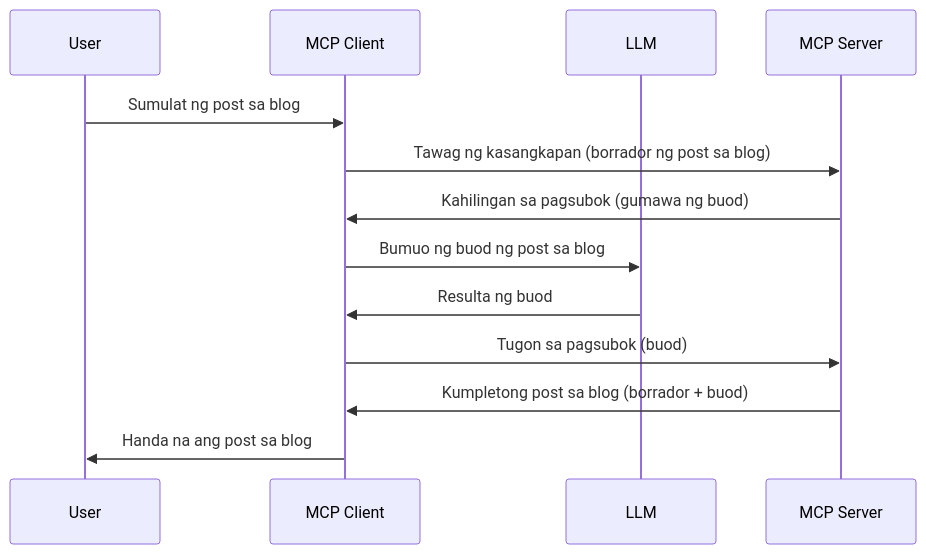
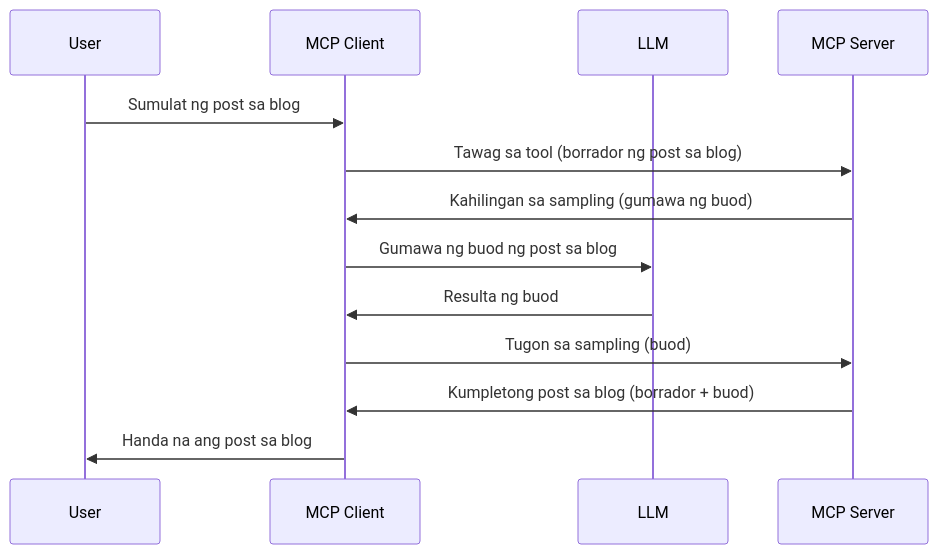
One commit to HIDORAKAI002/ai-workspace-archive changed the diagram in mcp_ecosystem__model_context_protocol/mcp_learning_resources/mcp-for-beginners/translations/tl/03-GettingStarted/14-sampling/README.md. Above: the diagram before and after it, drawn with Mermaid. The commit also changed other lines of this file and 1160 other files, not shown here.

````diff
--- a/mcp_ecosystem__model_context_protocol/mcp_learning_resources/mcp-for-beginners/translations/tl/03-GettingStarted/14-sampling/README.md
+++ b/mcp_ecosystem__model_context_protocol/mcp_learning_resources/mcp-for-beginners/translations/tl/03-GettingStarted/14-sampling/README.md
@@ -23,16 +23,16 @@
 ```mermaid
 sequenceDiagram
     participant User
     participant MCP Client
     participant LLM
     participant MCP Server
 
     User->>MCP Client: Sumulat ng post sa blog
-    MCP Client->>MCP Server: Tawag ng kasangkapan (borrador ng post sa blog)
-    MCP Server->>MCP Client: Kahilingan sa pagsubok (gumawa ng buod)
-    MCP Client->>LLM: Bumuo ng buod ng post sa blog
+    MCP Client->>MCP Server: Tawag sa tool (borrador ng post sa blog)
+    MCP Server->>MCP Client: Kahilingan sa sampling (gumawa ng buod)
+    MCP Client->>LLM: Gumawa ng buod ng post sa blog
     LLM->>MCP Client: Resulta ng buod
-    MCP Client->>MCP Server: Tugon sa pagsubok (buod)
+    MCP Client->>MCP Server: Tugon sa sampling (buod)
     MCP Server->>MCP Client: Kumpletong post sa blog (borrador + buod)
     MCP Client->>User: Handa na ang post sa blog
 ```
````
